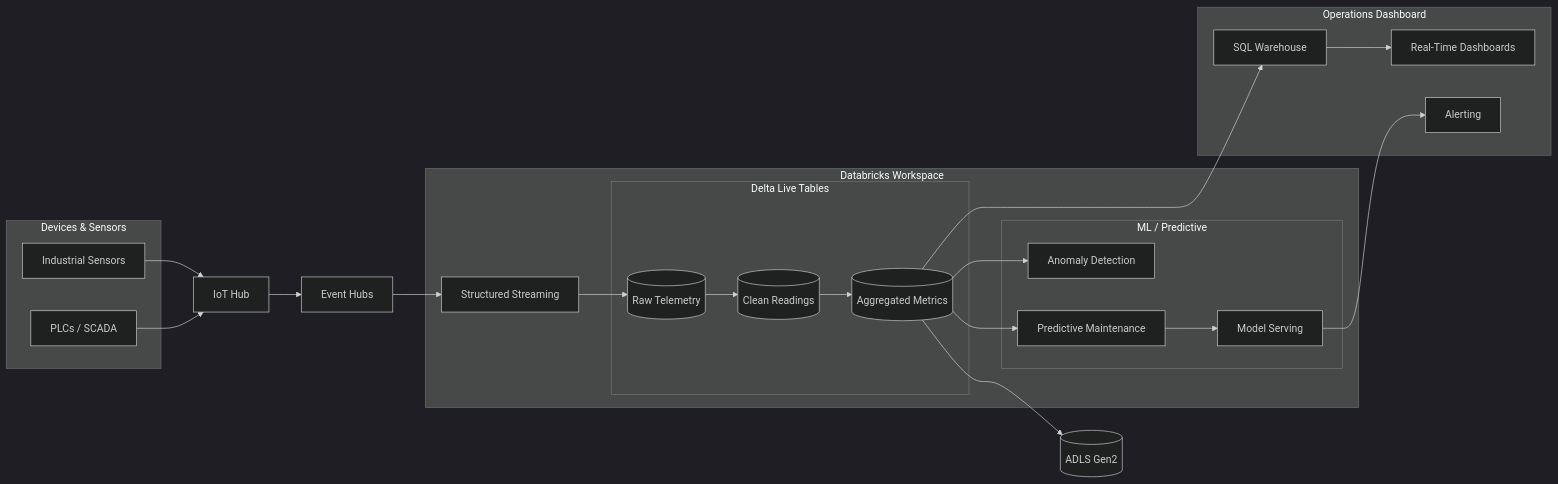
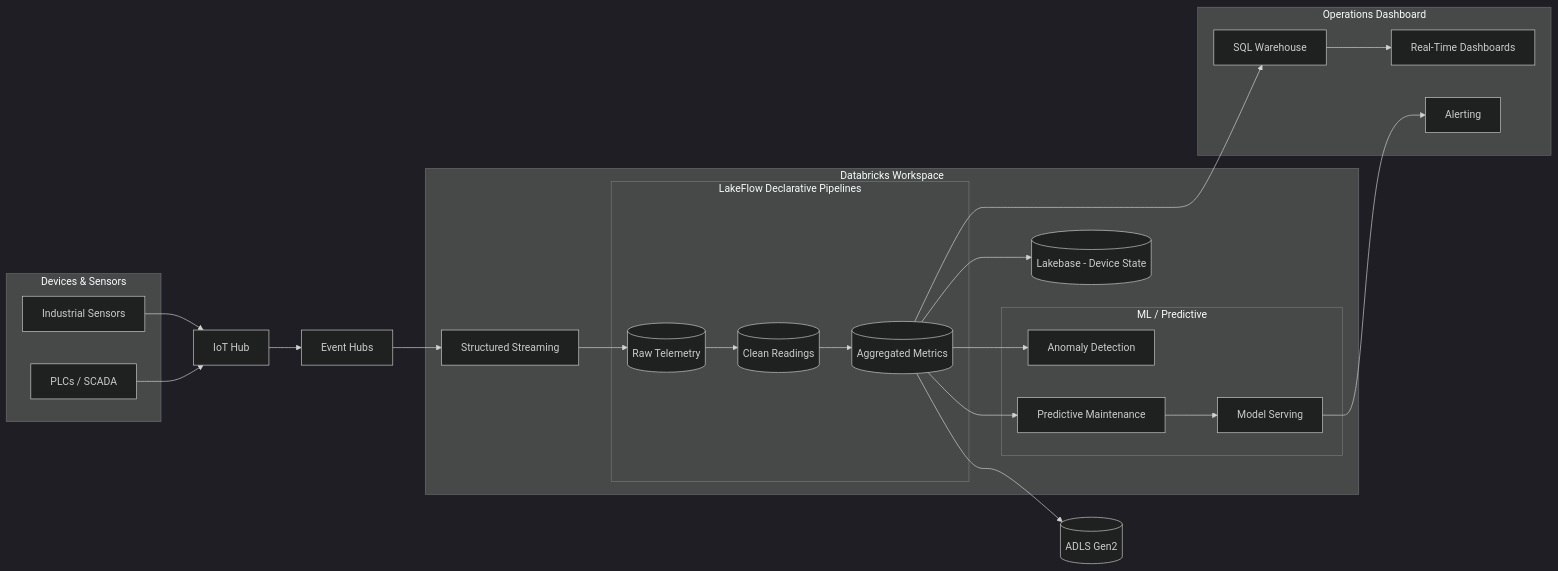
One commit to HaoZhang615/ads-copilot changed the seventh of 9 diagrams in .github/skills/databricks-ads-session/databricks-ads-session/references/databricks-patterns.md. Above: the diagram before and after it, drawn with Mermaid (dark theme). The commit also changed other lines of this file and 23 other files, not shown here.

Commit message:
flow improvement and updates after extensive web search effort and reasoning

````diff
--- a/.github/skills/databricks-ads-session/databricks-ads-session/references/databricks-patterns.md
+++ b/.github/skills/databricks-ads-session/databricks-ads-session/references/databricks-patterns.md
@@ -395,40 +414,42 @@
 ```mermaid
 flowchart LR
   subgraph DEV["Devices & Sensors"]
     SENSORS[Industrial Sensors]
     PLC[PLCs / SCADA]
   end
 
   IOTHUB[IoT Hub]
   EH[Event Hubs]
 
   subgraph DBX["Databricks Workspace"]
     SS[Structured Streaming]
-    subgraph DLT["Delta Live Tables"]
+    subgraph LDP["LakeFlow Declarative Pipelines"]
       RAW[(Raw Telemetry)]
       CLEAN[(Clean Readings)]
       AGG[(Aggregated Metrics)]
     end
     subgraph ML["ML / Predictive"]
       ANOMALY[Anomaly Detection]
       PREDICT[Predictive Maintenance]
       SERVING[Model Serving]
     end
+    LAKEBASE[(Lakebase - Device State)]
   end
 
   ADLS[(ADLS Gen2)]
 
   subgraph OPS["Operations Dashboard"]
     SQLWH[SQL Warehouse]
     DASH[Real-Time Dashboards]
     ALERTS[Alerting]
   end
 
   SENSORS & PLC --> IOTHUB --> EH --> SS --> RAW
   RAW --> CLEAN --> AGG
   AGG --> ANOMALY
   AGG --> PREDICT --> SERVING
   AGG --> ADLS
+  AGG --> LAKEBASE
   AGG --> SQLWH --> DASH
   SERVING --> ALERTS
 ```
````
